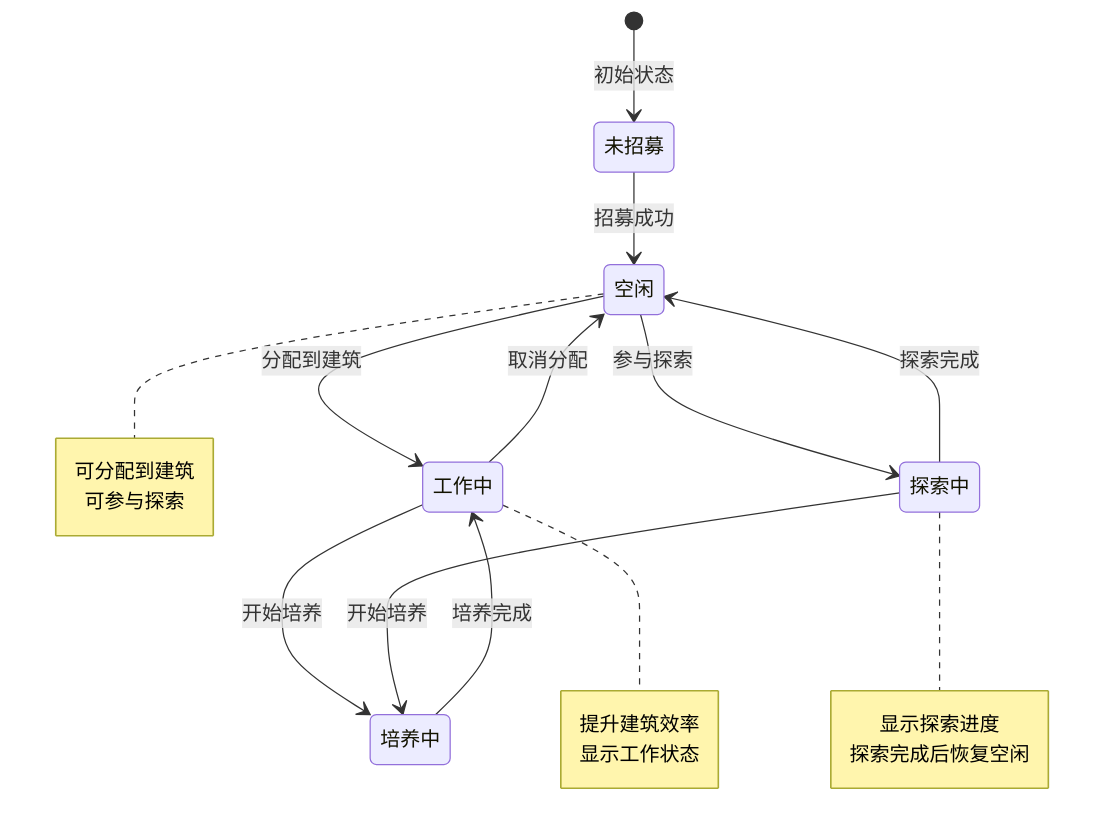
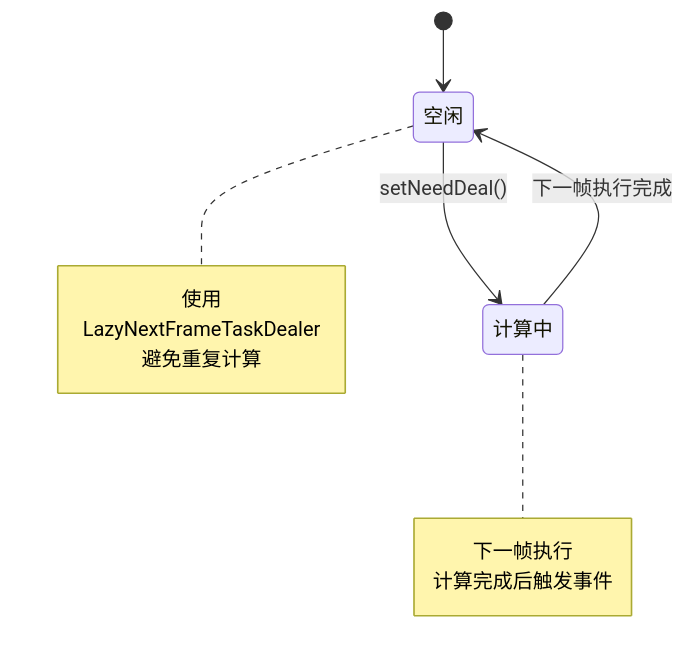
Before and after one commit to Alan-Ben/k2c_game_framework: the second of 3 diagrams in docs/Module_Mars/06_实现细节.md, drawn with Mermaid. The commit also changed other lines of this file and 15 other files, not shown here.

````diff
--- a/docs/Module_Mars/06_实现细节.md
+++ b/docs/Module_Mars/06_实现细节.md
@@ -158,27 +170,16 @@
 ```mermaid
 stateDiagram-v2
-    [*] --> 未招募: 初始状态
-    未招募 --> 空闲: 招募成功
-    空闲 --> 工作中: 分配到建筑
-    工作中 --> 空闲: 取消分配
-    空闲 --> 探索中: 参与探索
-    探索中 --> 空闲: 探索完成
-    工作中 --> 培养中: 开始培养
-    培养中 --> 工作中: 培养完成
-    探索中 --> 培养中: 开始培养
+    [*] --> 空闲
+    空闲 --> 计算中: setNeedDeal()
+    计算中 --> 空闲: 下一帧执行完成
 
     note right of 空闲
-        可分配到建筑
-        可参与探索
+        使用LazyNextFrameTaskDealer
+        避免重复计算
     end note
 
-    note right of 工作中
-        提升建筑效率
-        显示工作状态
-    end note
-
-    note right of 探索中
-        显示探索进度
-        探索完成后恢复空闲
+    note right of 计算中
+        下一帧执行
+        计算完成后触发事件
     end note
 ```
````
